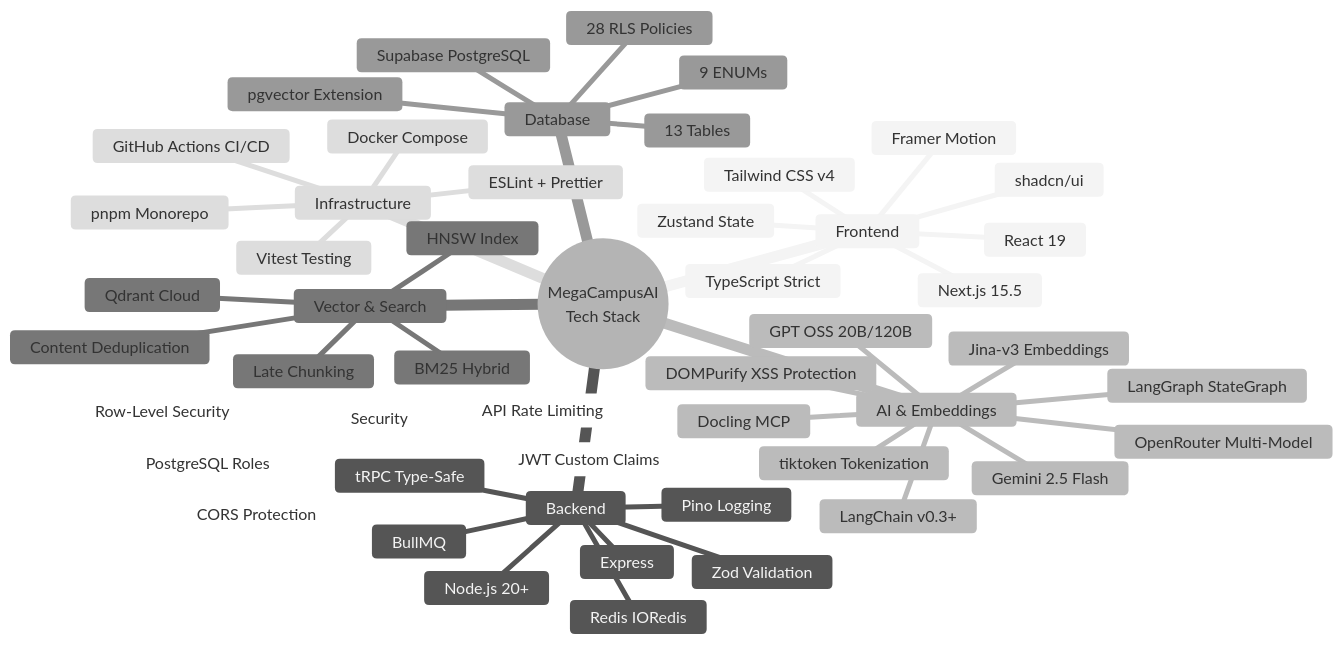
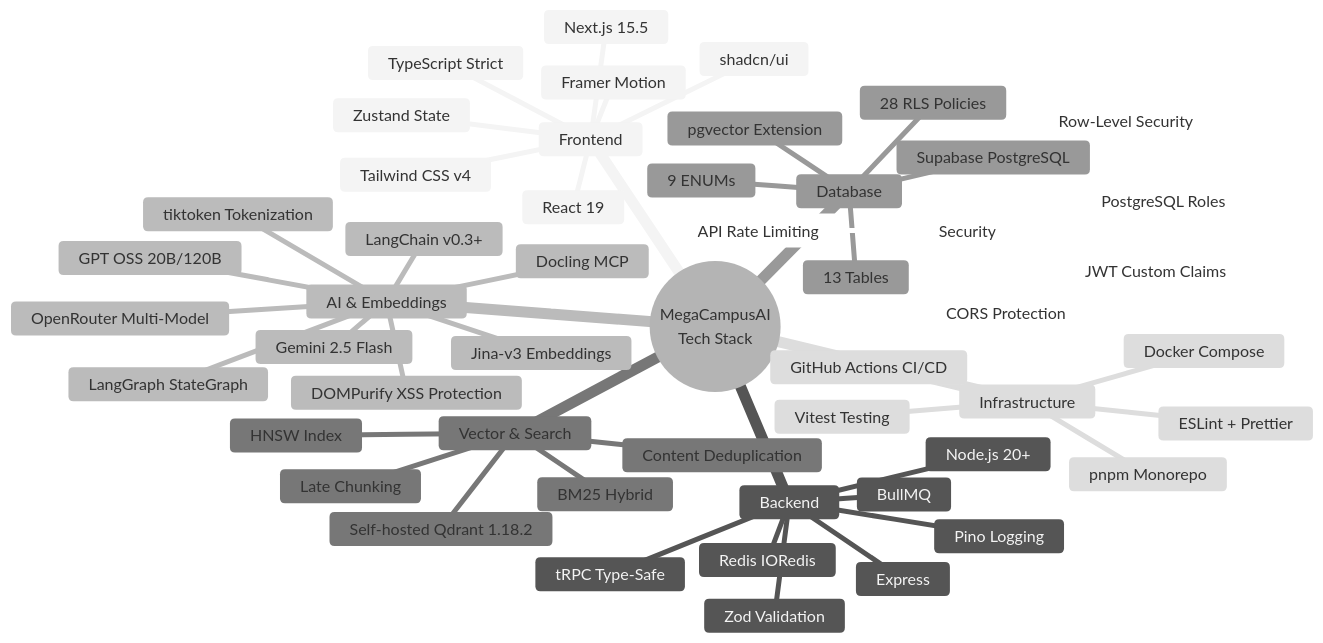
The seventh of 10 diagrams in docs/ARCHITECTURE-DIAGRAM.md (maslennikov-ig/MC-2), drawn with Mermaid (neutral theme) before and after one commit. The commit also changed other lines of this file and 30 other files, not shown here.

First line of the commit message:
docs(qdrant): reconcile self-hosted operations guidance

````diff
--- a/docs/ARCHITECTURE-DIAGRAM.md
+++ b/docs/ARCHITECTURE-DIAGRAM.md
@@ -656,54 +656,54 @@
 ```mermaid
 mindmap
   root((MegaCampusAI<br/>Tech Stack))
     Frontend
       Next.js 15.5
       React 19
       TypeScript Strict
       Tailwind CSS v4
       shadcn/ui
       Framer Motion
       Zustand State
     Backend
       Node.js 20+
       tRPC Type-Safe
       Express
       BullMQ
       Redis IORedis
       Pino Logging
       Zod Validation
     AI & Embeddings
       OpenRouter Multi-Model
       GPT OSS 20B/120B
       Gemini 2.5 Flash
       Jina-v3 Embeddings
       Docling MCP
       LangChain v0.3+
       LangGraph StateGraph
       tiktoken Tokenization
       DOMPurify XSS Protection
     Vector & Search
-      Qdrant Cloud
+      Self-hosted Qdrant 1.18.2
       HNSW Index
       BM25 Hybrid
       Late Chunking
       Content Deduplication
     Database
       Supabase PostgreSQL
       13 Tables
       9 ENUMs
       28 RLS Policies
       pgvector Extension
     Infrastructure
       Docker Compose
       GitHub Actions CI/CD
       pnpm Monorepo
       Vitest Testing
       ESLint + Prettier
     Security
       JWT Custom Claims
       Row-Level Security
       PostgreSQL Roles
       API Rate Limiting
       CORS Protection
 ```
````
